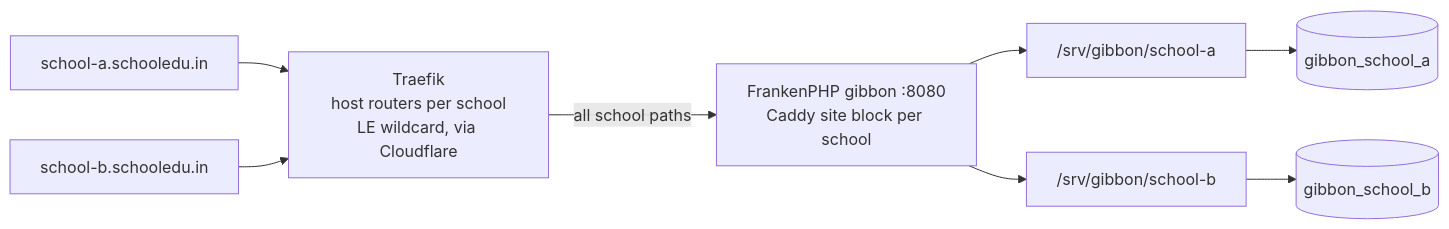
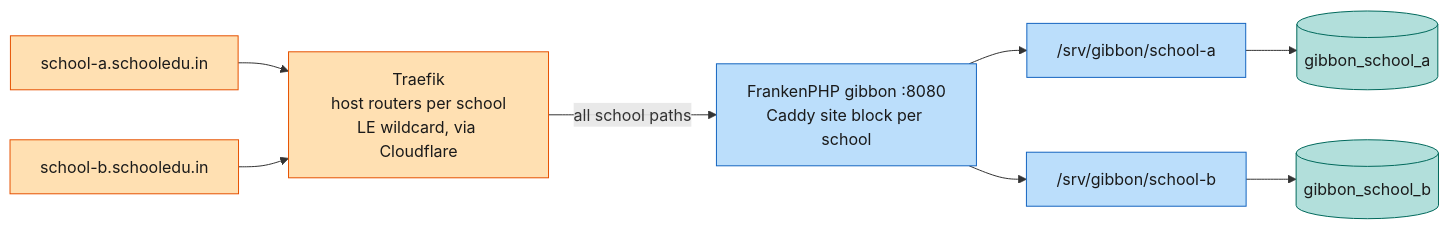
One commit to varunpathania86/nigu-lite changed the ninth of 23 diagrams in master-plan.md. Above: the diagram before and after it, drawn with Mermaid. The commit also changed other lines of this file and 38 other files, not shown here.

````diff
--- a/master-plan.md
+++ b/master-plan.md
@@ -540,10 +599,16 @@
 ```mermaid
 flowchart LR
   A["school-a.schooledu.in"] --> T[Traefik<br/>host routers per school<br/>LE wildcard, via Cloudflare]
   B["school-b.schooledu.in"] --> T
   T -->|"all school paths"| F[FrankenPHP gibbon :8080<br/>Caddy site block per school]
   F --> RA["/srv/gibbon/school-a"]
   F --> RB["/srv/gibbon/school-b"]
   RA --> DA[(gibbon_school_a)]
   RB --> DB[(gibbon_school_b)]
+  class A,B,T edge
+  class F,RA,RB app
+  class DA,DB data
+  classDef edge fill:#ffe0b2,stroke:#e65100,color:#1a1a1a
+  classDef app fill:#bbdefb,stroke:#1565c0,color:#1a1a1a
+  classDef data fill:#b2dfdb,stroke:#00695c,color:#1a1a1a
 ```
````
